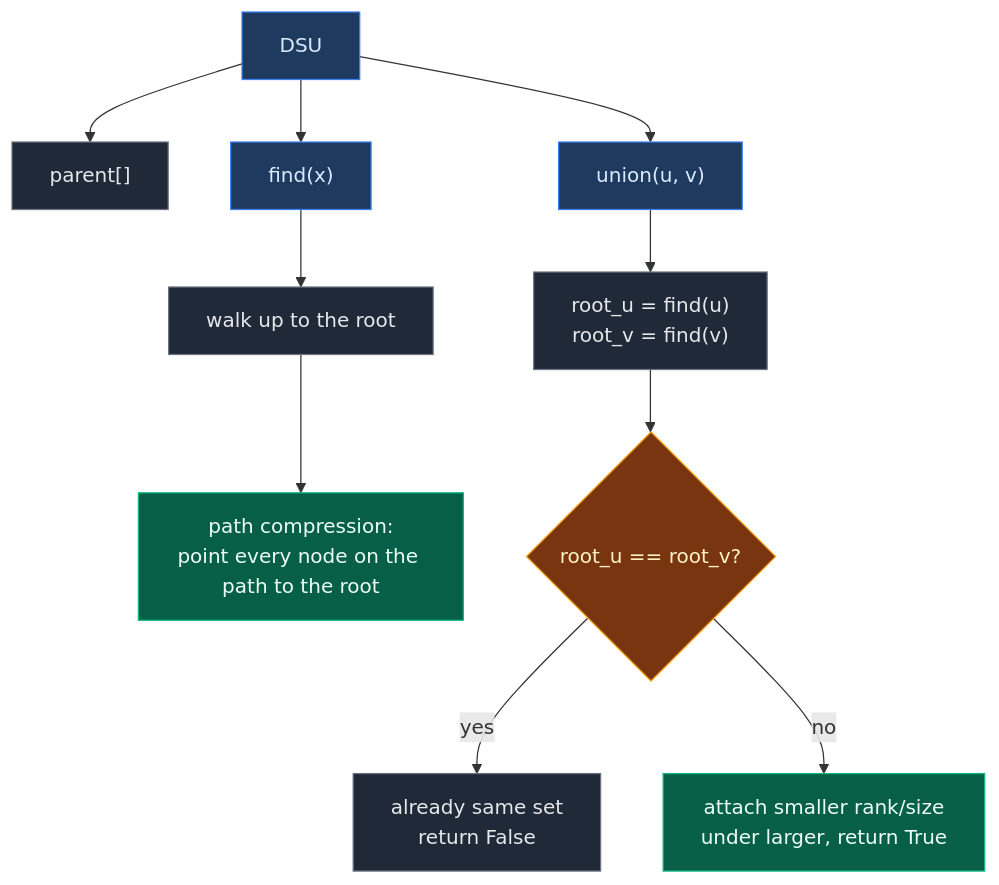
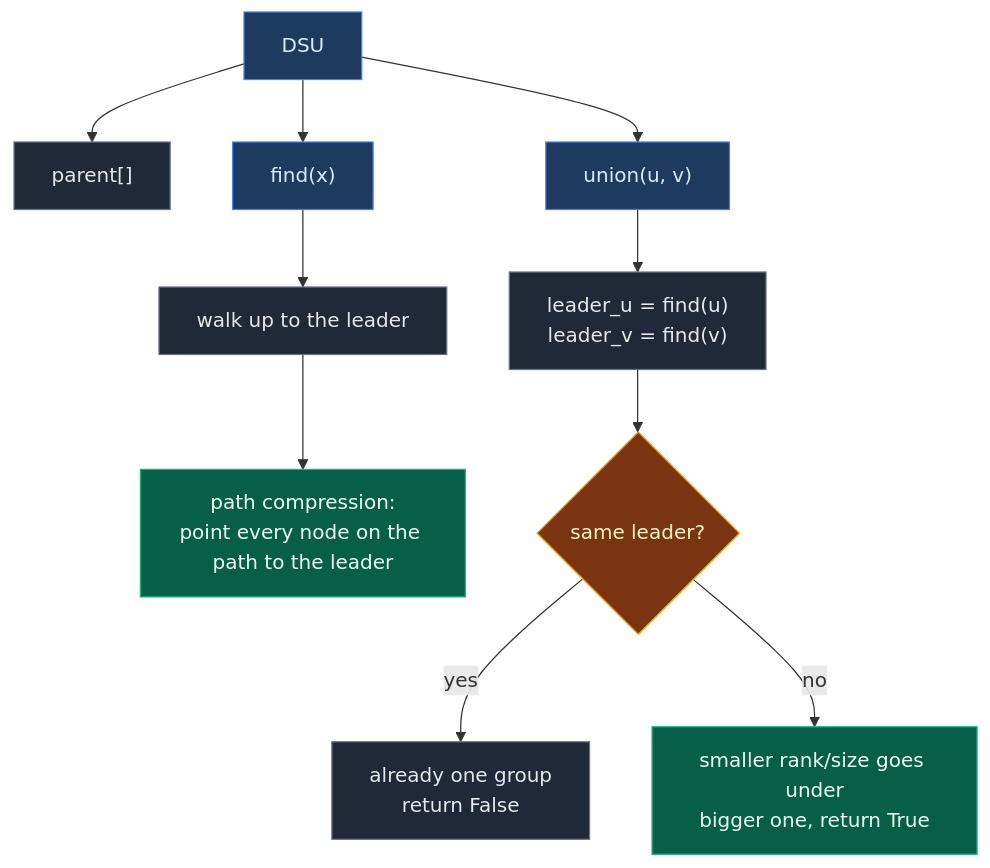
Before and after one commit to ajay-nikumbh/dsa-notes: the third of 3 diagrams in 11. Graphs/07. Disjoint Set Union/01. DSU Fundamentals/01. Disjoint Set Union (Rank, Size, Path Compression).md, drawn with Mermaid. The commit also changed other lines of this file, not shown here.

First line of the commit message:
Rewrite DSU fundamentals note: simpler language, one traced example

````diff
--- a/11. Graphs/07. Disjoint Set Union/01. DSU Fundamentals/01. Disjoint Set Union (Rank, Size, Path Compression).md
+++ b/11. Graphs/07. Disjoint Set Union/01. DSU Fundamentals/01. Disjoint Set Union (Rank, Size, Path Compression).md
@@ -308,17 +335,17 @@
 ```mermaid
 flowchart TD
     DSU["DSU"]:::b --> P["parent[]"]:::a
     DSU --> F["find(x)"]:::b
     DSU --> U["union(u, v)"]:::b
-    F --> F1["walk up to the root"]:::a
-    F1 --> F2["path compression:<br/>point every node on the path to the root"]:::d
-    U --> U1["root_u = find(u)<br/>root_v = find(v)"]:::a
-    U1 --> U2{"root_u == root_v?"}:::c
-    U2 -->|yes| U3["already same set<br/>return False"]:::a
-    U2 -->|no| U4["attach smaller rank/size<br/>under larger, return True"]:::d
+    F --> F1["walk up to the leader"]:::a
+    F1 --> F2["path compression:<br/>point every node on the path to the leader"]:::d
+    U --> U1["leader_u = find(u)<br/>leader_v = find(v)"]:::a
+    U1 --> U2{"same leader?"}:::c
+    U2 -->|yes| U3["already one group<br/>return False"]:::a
+    U2 -->|no| U4["smaller rank/size goes under<br/>bigger one, return True"]:::d
 
     classDef a fill:#1f2937,stroke:#6b7280,color:#e5e7eb
     classDef b fill:#1e3a5f,stroke:#3b82f6,color:#dbeafe
     classDef c fill:#78350f,stroke:#f59e0b,color:#fef3c7
     classDef d fill:#065f46,stroke:#10b981,color:#ecfdf5
 ```
````
